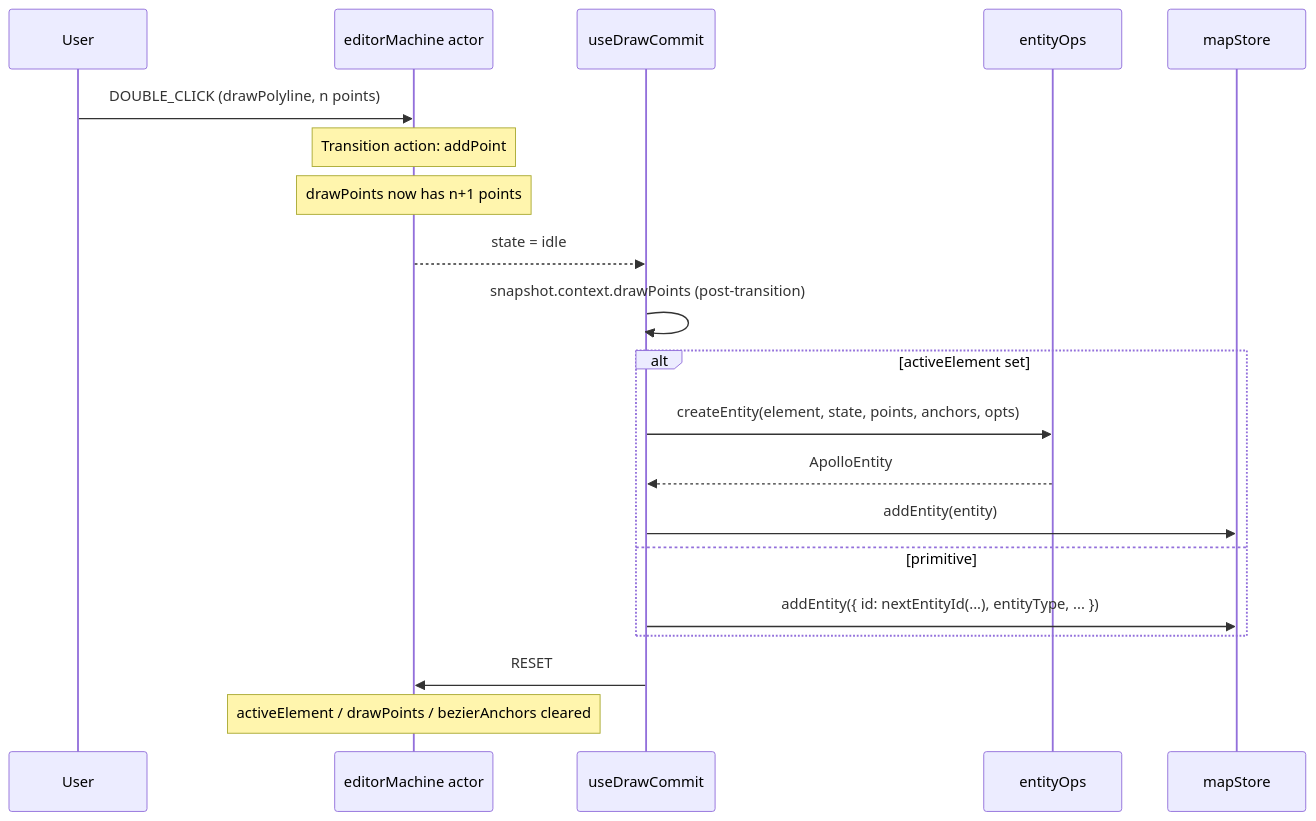
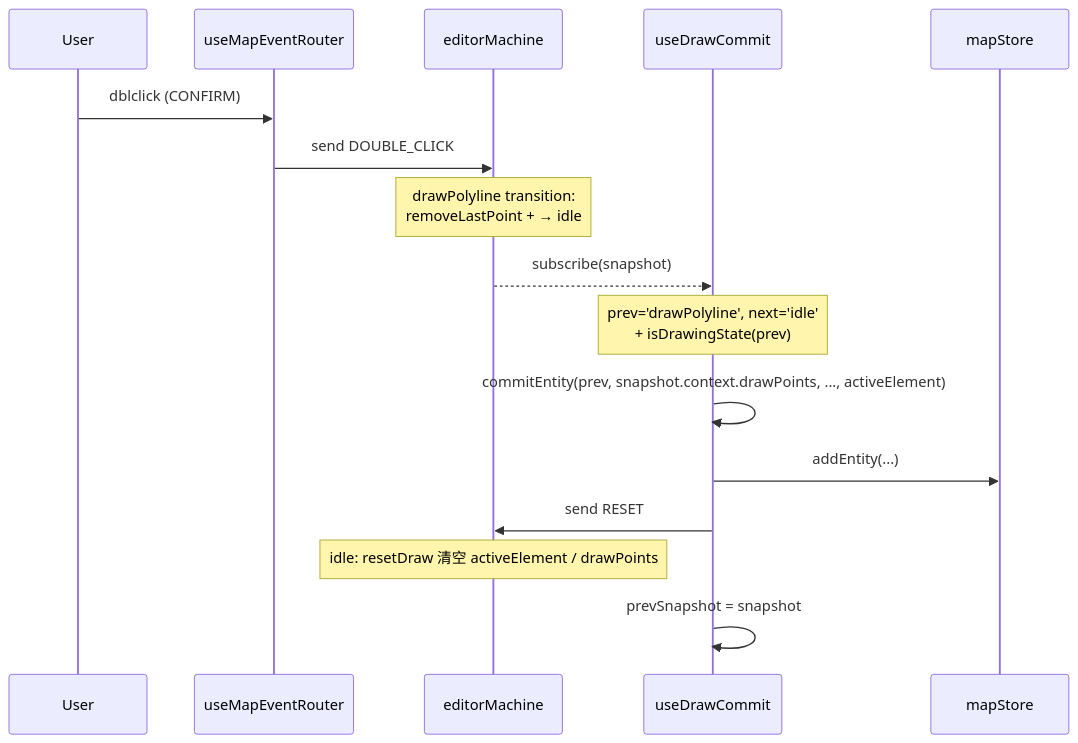
The diagram in docs/api/hooks/use-draw-commit.md (SakuraPuare/apollo-map-studio), drawn with Mermaid before and after one commit. The commit also changed other lines of this file and 414 other files, not shown here.

````diff
--- a/docs/api/hooks/use-draw-commit.md
+++ b/docs/api/hooks/use-draw-commit.md
@@ -144,23 +166,19 @@
 ```mermaid
 sequenceDiagram
     participant User
-    participant FSM as editorMachine actor
+    participant Router as useMapEventRouter
+    participant FSM as editorMachine
     participant Hook as useDrawCommit
-    participant ElOps as entityOps
     participant Store as mapStore
 
-    User->>FSM: DOUBLE_CLICK (drawPolyline, n points)
-    Note over FSM: Transition action: addPoint
-    Note over FSM: drawPoints now has n+1 points
-    FSM-->>Hook: state = idle
-    Hook->>Hook: snapshot.context.drawPoints (post-transition)
-    alt activeElement set
-        Hook->>ElOps: createEntity(element, state, points, anchors, opts)
-        ElOps-->>Hook: ApolloEntity
-        Hook->>Store: addEntity(entity)
-    else primitive
-        Hook->>Store: addEntity({ id: nextEntityId(...), entityType, ... })
-    end
-    Hook->>FSM: RESET
-    Note over FSM: activeElement / drawPoints / bezierAnchors cleared
+    User->>Router: dblclick (CONFIRM)
+    Router->>FSM: send DOUBLE_CLICK
+    Note over FSM: drawPolyline transition:<br/>removeLastPoint + → idle
+    FSM-->>Hook: subscribe(snapshot)
+    Note over Hook: prev='drawPolyline', next='idle'<br/>+ isDrawingState(prev)
+    Hook->>Hook: commitEntity(prev, snapshot.context.drawPoints, ..., activeElement)
+    Hook->>Store: addEntity(...)
+    Hook->>FSM: send RESET
+    Note over FSM: idle: resetDraw 清空 activeElement / drawPoints
+    Hook->>Hook: prevSnapshot = snapshot
 ```
````
